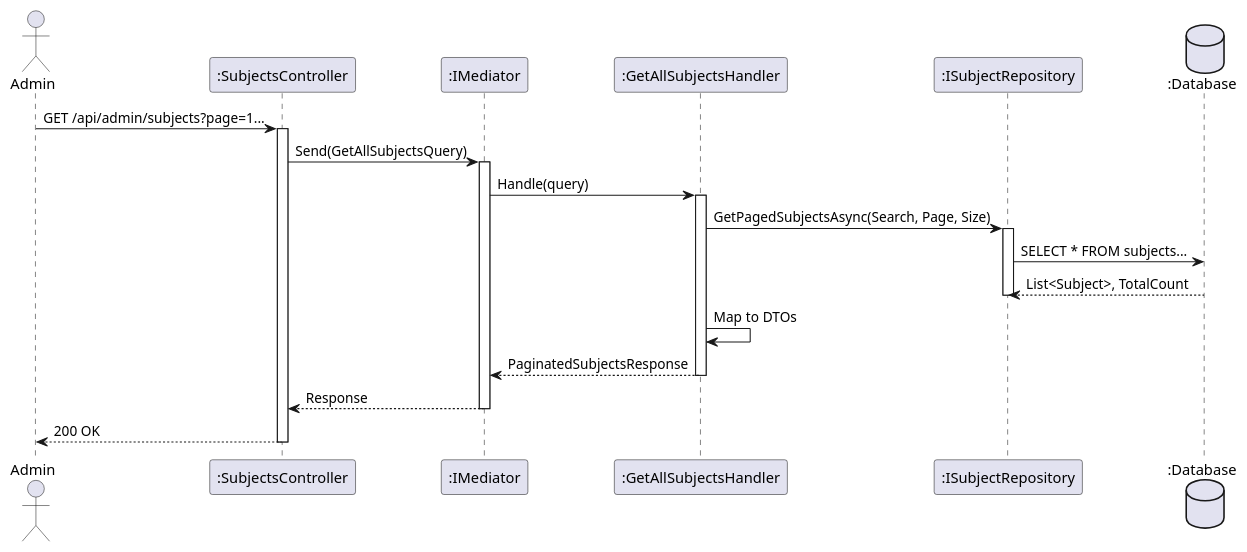
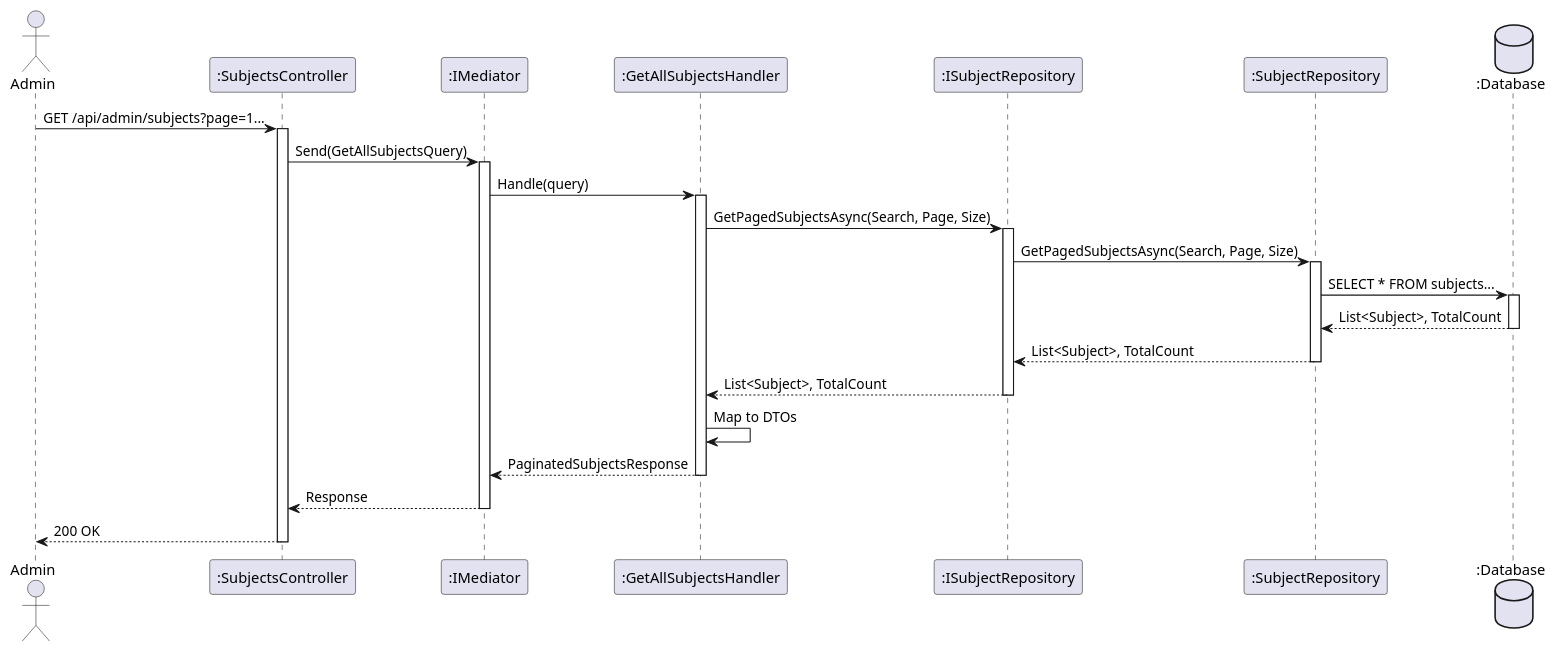
Before and after one commit to FA25SE050-RogueLearn/RogueLearn.BMAD.Documentation: the diagram in docs/srs/diagrams/sequence-diagram/admin-content-subject/get-all-subjects-seq.puml, drawn with PlantUML. The commit also changed 28 other files, not shown here.

Commit message:
feat: add and refix some diagrams to add implementations objects

```diff
--- a/docs/srs/diagrams/sequence-diagram/admin-content-subject/get-all-subjects-seq.puml
+++ b/docs/srs/diagrams/sequence-diagram/admin-content-subject/get-all-subjects-seq.puml
@@ -1,34 +1,42 @@
 @startuml
 actor Admin
 participant ":SubjectsController" as Controller
 participant ":IMediator" as Med
 participant ":GetAllSubjectsHandler" as Handler
-participant ":ISubjectRepository" as Repo
+participant ":ISubjectRepository" as IRepo
+participant ":SubjectRepository" as Repo
 database ":Database" as DB
 
 Admin -> Controller : GET /api/admin/subjects?page=1...
 activate Controller
 
 Controller -> Med : Send(GetAllSubjectsQuery)
 activate Med
 
 Med -> Handler : Handle(query)
 activate Handler
 
-Handler -> Repo : GetPagedSubjectsAsync(Search, Page, Size)
+Handler -> IRepo : GetPagedSubjectsAsync(Search, Page, Size)
+activate IRepo
+IRepo -> Repo : GetPagedSubjectsAsync(Search, Page, Size)
 activate Repo
 Repo -> DB : SELECT * FROM subjects...
+activate DB
 DB --> Repo : List<Subject>, TotalCount
+deactivate DB
+Repo --> IRepo : List<Subject>, TotalCount
 deactivate Repo
+IRepo --> Handler : List<Subject>, TotalCount
+deactivate IRepo
 
 Handler -> Handler : Map to DTOs
 
 Handler --> Med : PaginatedSubjectsResponse
 deactivate Handler
 
 Med --> Controller : Response
 deactivate Med
 
 Controller --> Admin : 200 OK
 deactivate Controller
 @enduml
```
